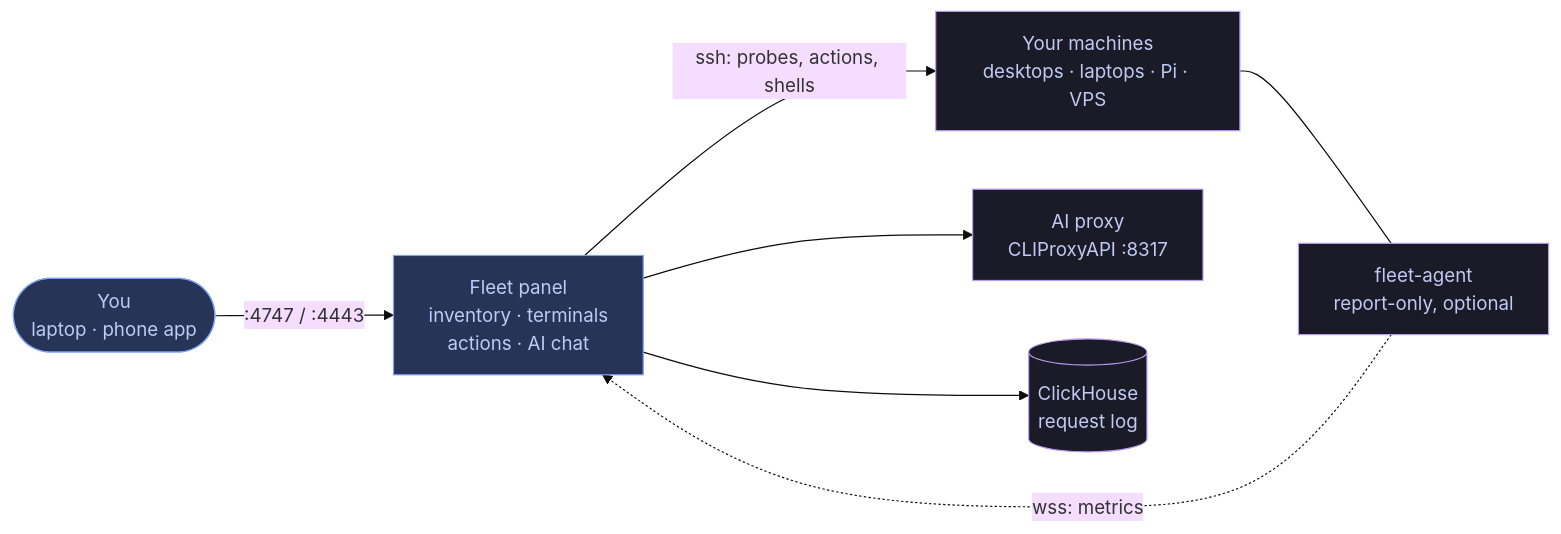
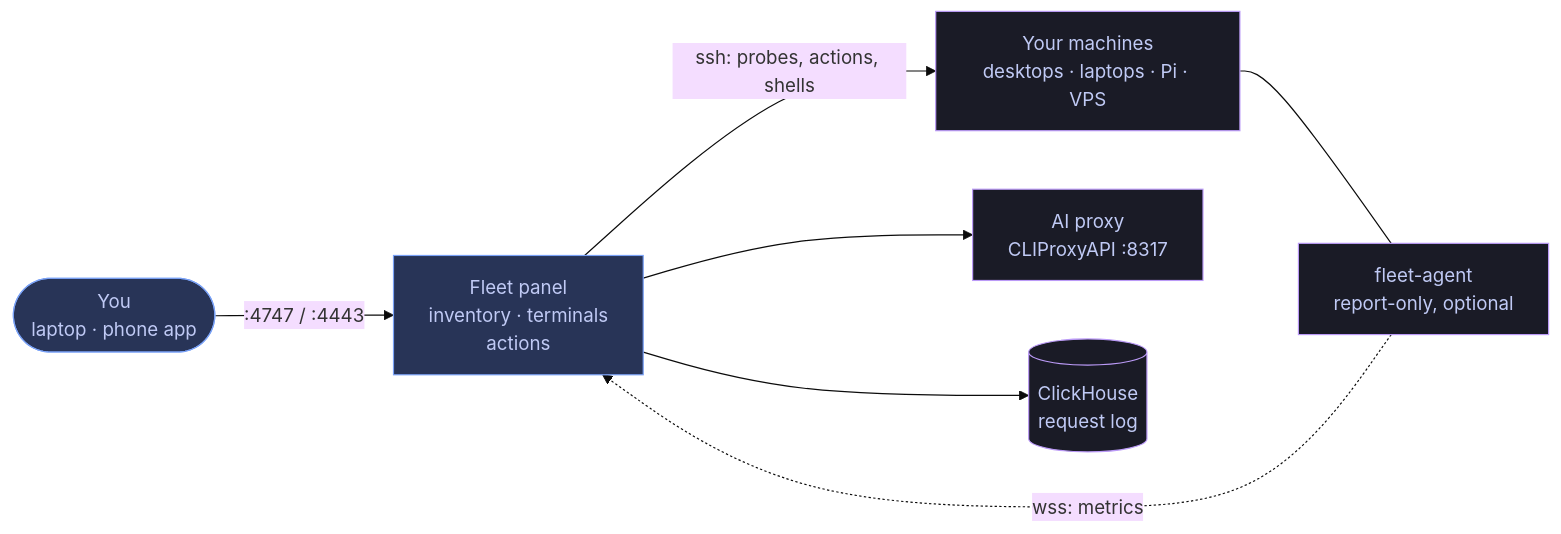
One commit to johannSo/fleet changed the diagram in README.md. Above: the diagram before and after it, drawn with Mermaid (base theme). The commit also changed other lines of this file and 5 other files, not shown here.

````diff
--- a/README.md
+++ b/README.md
@@ -131,17 +124,17 @@
 ```mermaid
 flowchart LR
   you(["You<br/>laptop · phone app"]):::accent
-  panel["Fleet panel<br/>inventory · terminals<br/>actions · AI chat"]:::accent
+  panel["Fleet panel<br/>inventory · terminals<br/>actions"]:::accent
   machines["Your machines<br/>desktops · laptops · Pi · VPS"]:::node
   agent["fleet-agent<br/>report-only, optional"]:::node
   proxy["AI proxy<br/>CLIProxyAPI :8317"]:::node
   ch[("ClickHouse<br/>request log")]:::node
   you -- ":4747 / :4443" --> panel
   panel -- "ssh: probes, actions, shells" --> machines
   agent -. "wss: metrics" .-> panel
   machines --- agent
   panel --> proxy
   panel --> ch
   classDef accent fill:#283457,stroke:#7aa2f7,color:#c0caf5
   classDef node fill:#1a1b26,stroke:#bb9af7,color:#c0caf5
 ```
````
